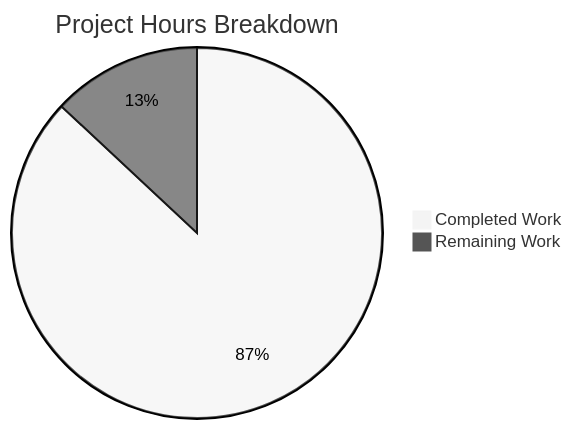
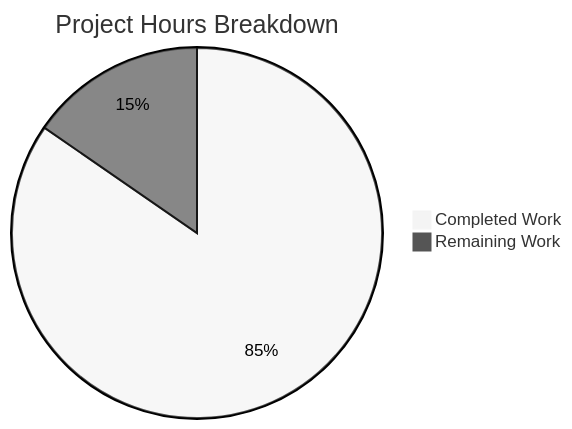
The diagram in blitzy/documentation/Project Guide.md (Sandeep01Kumar/existing-projects-qa-test-08-dec-test), drawn with Mermaid (neutral theme) before and after one commit. The commit also changed other lines of this file, not shown here.

Commit message:
Adding Blitzy Project Guide: Project Status and Human Tasks Remaining

````diff
--- a/blitzy/documentation/Project Guide.md
+++ b/blitzy/documentation/Project Guide.md
@@ -98,5 +91,5 @@
 ```mermaid
 pie title Project Hours Breakdown
-    "Completed Work" : 20
-    "Remaining Work" : 3
+    "Completed Work" : 22
+    "Remaining Work" : 4
 ```
````
